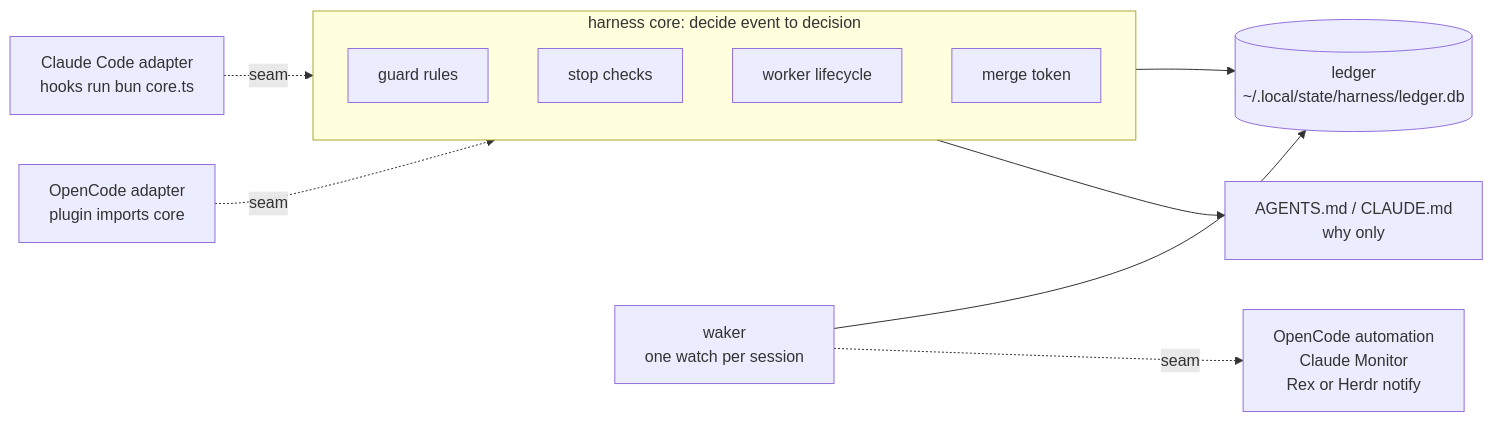
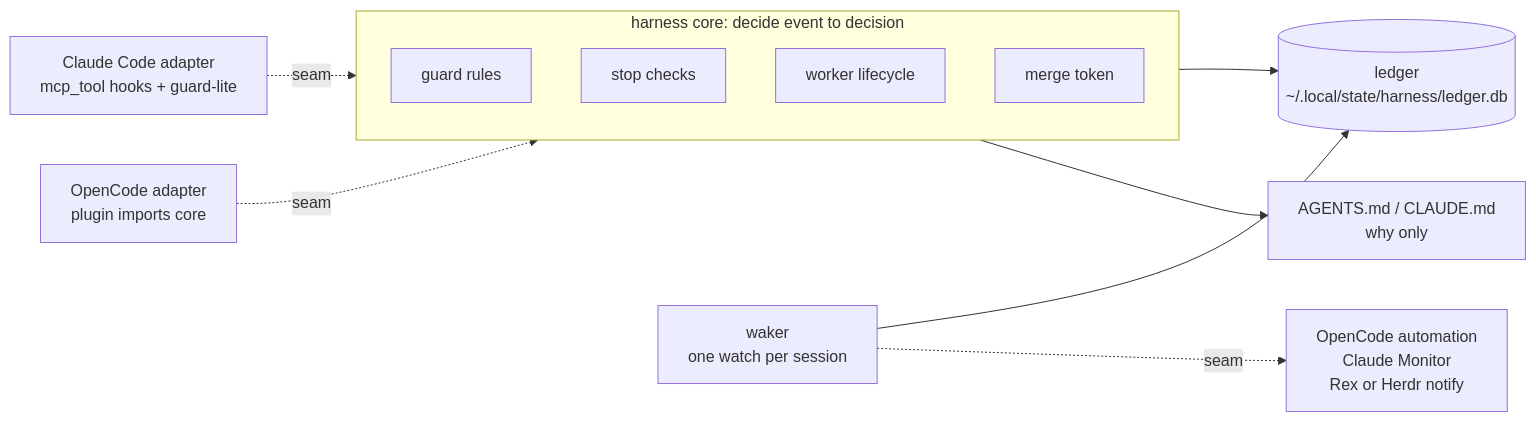
Before and after one commit to acastro2/alex-skills: the first of 5 diagrams in docs/specs/harness-evolution.md, drawn with Mermaid. The commit also changed other lines of this file, not shown here.

First line of the commit message:
docs(specs): harness MCP design grilled against docs (D32-D37)

````diff
--- a/docs/specs/harness-evolution.md
+++ b/docs/specs/harness-evolution.md
@@ -49,15 +49,15 @@
 ```mermaid
 flowchart LR
-  CC[Claude Code adapter<br/>hooks run bun core.ts] -. seam .-> CORE
+  CC[Claude Code adapter<br/>mcp_tool hooks + guard-lite] -. seam .-> CORE
   OC[OpenCode adapter<br/>plugin imports core] -. seam .-> CORE
   subgraph CORE[harness core: decide event to decision]
     G[guard rules]
     S[stop checks]
     W[worker lifecycle]
     T[merge token]
   end
   CORE --> L[(ledger<br/>~/.local/state/harness/ledger.db)]
   K[waker<br/>one watch per session] --> L
   K -. seam .-> KA[OpenCode automation<br/>Claude Monitor<br/>Rex or Herdr notify]
   CORE --> P[AGENTS.md / CLAUDE.md<br/>why only]
 ```
````
